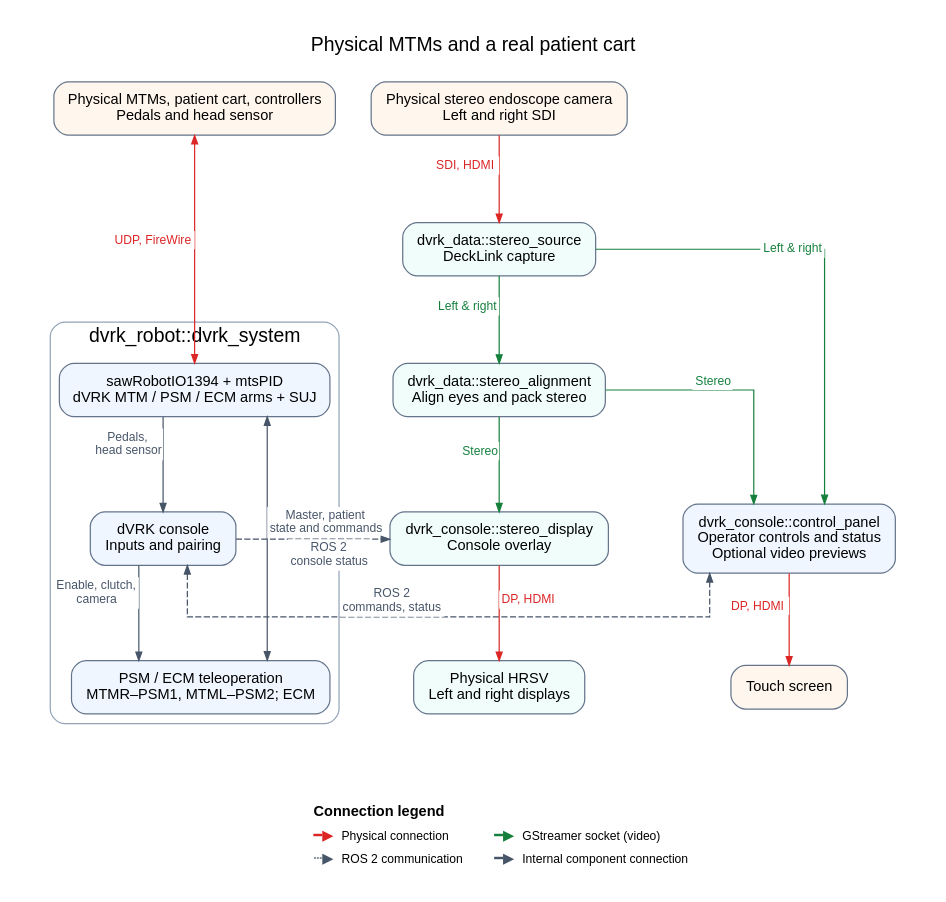
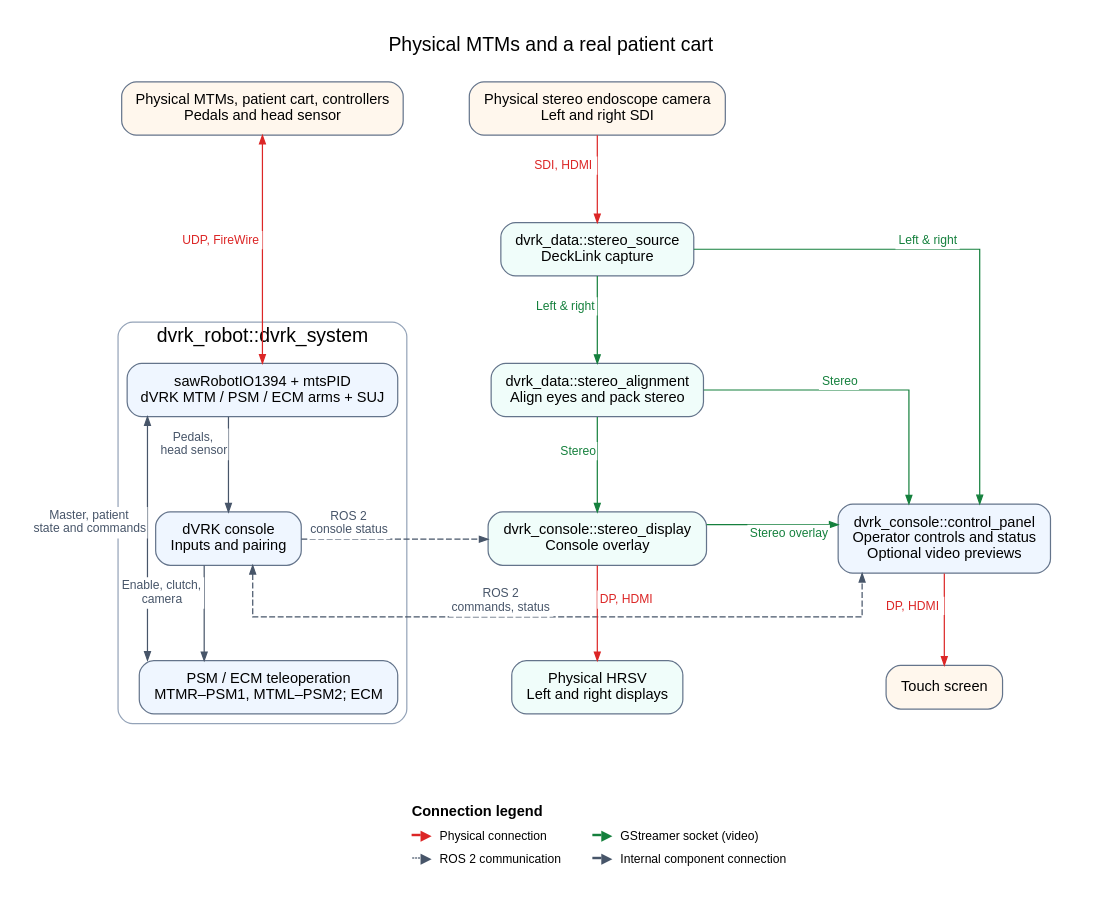
The diagram in docs/images/usage/mtms-real-patient-cart.dot (jhu-dvrk/dvrk-readthedocs), drawn with Graphviz before and after one commit. The commit also changed 10 other files, not shown here.

```diff
--- a/docs/images/usage/mtms-real-patient-cart.dot
+++ b/docs/images/usage/mtms-real-patient-cart.dot
@@ -1,69 +1,70 @@
 digraph mtms_real {
-  graph [rankdir=TB, splines=ortho, newrank=true, bgcolor="white", pad=0.25, nodesep=0.4, ranksep=1.0,
+  graph [rankdir=TB, splines=ortho, newrank=true, bgcolor="white", pad=0.25, nodesep=0.75, ranksep=1.0,
          fontname="Arial,Helvetica,sans-serif", fontsize=16, label="Physical MTMs and a real patient cart", labelloc=t];
   node [shape=box, style="rounded,filled", fillcolor="#eff6ff", color="#64748b",
         fontname="Arial,Helvetica,sans-serif", fontsize=12, margin="0.16,0.12"];
   edge [style=solid, color="#475569", fontcolor="#475569", fontname="Arial,Helvetica,sans-serif", fontsize=10, arrowsize=0.7];
 
   // Keep the three columns ordered; cross-column links never set ranks.
   subgraph cluster_control {
     label=""; style=invis;
     hardware [label="Physical MTMs, patient cart, controllers\nPedals and head sensor", fillcolor="#fff7ed", group="control"];
     subgraph cluster_system {
       label="dvrk_robot::dvrk_system"; color="#94a3b8"; style=rounded;
       arms [label="sawRobotIO1394 + mtsPID\ndVRK MTM / PSM / ECM arms + SUJ", group="control"];
       console [label="dVRK console\nInputs and pairing", group="control"];
       teleop [label="PSM / ECM teleoperation\nMTMR–PSM1, MTML–PSM2; ECM", group="control"];
       arms -> console [xlabel=<<TABLE BORDER="0" CELLBORDER="0" CELLSPACING="0" CELLPADDING="2" BGCOLOR="white"><TR><TD>Pedals,<BR/>head sensor</TD></TR></TABLE>>];
       arms -> teleop [dir=both, xlabel=<<TABLE BORDER="0" CELLBORDER="0" CELLSPACING="0" CELLPADDING="2" BGCOLOR="white"><TR><TD>Master, patient<BR/>state and commands</TD></TR></TABLE>>];
       console -> teleop [xlabel=<<TABLE BORDER="0" CELLBORDER="0" CELLSPACING="0" CELLPADDING="2" BGCOLOR="white"><TR><TD>Enable, clutch,<BR/>camera</TD></TR></TABLE>>];
     }
   }
   subgraph cluster_video {
     label=""; style=invis;
     camera [label="Physical stereo endoscope camera\nLeft and right SDI", fillcolor="#fff7ed", group="video"];
     source [label="dvrk_data::stereo_source\nDeckLink capture", fillcolor="#f0fdfa", group="video"];
     alignment [label="dvrk_data::stereo_alignment\nAlign eyes and pack stereo", fillcolor="#f0fdfa", group="video"];
     display [label="dvrk_console::stereo_display\nConsole overlay", fillcolor="#f0fdfa", group="video"];
     viewer [label="Physical HRSV\nLeft and right displays", fillcolor="#f0fdfa", group="video"];
   }
   subgraph cluster_panel {
     label=""; style=invis;
     control_panel [label="dvrk_console::control_panel\nOperator controls and status\nOptional video previews", group="panel"];
     touchscreen [label="Touch screen", fillcolor="#fff7ed", group="panel"];
   }
 
   hardware -> arms [dir=both, xlabel=<<TABLE BORDER="0" CELLBORDER="0" CELLSPACING="0" CELLPADDING="2" BGCOLOR="white"><TR><TD>UDP, FireWire</TD></TR></TABLE>>, color="#dc2626", fontcolor="#dc2626", minlen=2];
   camera -> source [xlabel=<<TABLE BORDER="0" CELLBORDER="0" CELLSPACING="0" CELLPADDING="2" BGCOLOR="white"><TR><TD>SDI, HDMI</TD></TR></TABLE>>, color="#dc2626", fontcolor="#dc2626"];
   source -> alignment [xlabel=<<TABLE BORDER="0" CELLBORDER="0" CELLSPACING="0" CELLPADDING="2" BGCOLOR="white"><TR><TD>Left &amp; right</TD></TR></TABLE>>, color="#15803d", fontcolor="#15803d"];
   alignment -> display [xlabel=<<TABLE BORDER="0" CELLBORDER="0" CELLSPACING="0" CELLPADDING="2" BGCOLOR="white"><TR><TD>Stereo</TD></TR></TABLE>>, color="#15803d", fontcolor="#15803d"];
   console -> display [xlabel=<<TABLE BORDER="0" CELLBORDER="0" CELLSPACING="0" CELLPADDING="2" BGCOLOR="white"><TR><TD>ROS 2<BR/>console status</TD></TR></TABLE>>, style=dashed, constraint=false];
   display -> viewer [xlabel=<<TABLE BORDER="0" CELLBORDER="0" CELLSPACING="0" CELLPADDING="2" BGCOLOR="white"><TR><TD>DP, HDMI</TD></TR></TABLE>>, color="#dc2626", fontcolor="#dc2626"];
   console -> control_panel [dir=both, xlabel=<<TABLE BORDER="0" CELLBORDER="0" CELLSPACING="0" CELLPADDING="2" BGCOLOR="white"><TR><TD>ROS 2<BR/>commands, status</TD></TR></TABLE>>, style=dashed, constraint=false];
   source -> control_panel [xlabel=<<TABLE BORDER="0" CELLBORDER="0" CELLSPACING="0" CELLPADDING="2" BGCOLOR="white"><TR><TD>Left &amp; right</TD></TR></TABLE>>, color="#15803d", fontcolor="#15803d", constraint=false];
   alignment -> control_panel [xlabel=<<TABLE BORDER="0" CELLBORDER="0" CELLSPACING="0" CELLPADDING="2" BGCOLOR="white"><TR><TD>Stereo</TD></TR></TABLE>>, color="#15803d", fontcolor="#15803d", constraint=false];
+  display -> control_panel [xlabel=<<TABLE BORDER="0" CELLBORDER="0" CELLSPACING="0" CELLPADDING="2" BGCOLOR="white"><TR><TD>Stereo overlay</TD></TR></TABLE>>, color="#15803d", fontcolor="#15803d", constraint=false];
   control_panel -> touchscreen [xlabel=<<TABLE BORDER="0" CELLBORDER="0" CELLSPACING="0" CELLPADDING="2" BGCOLOR="white"><TR><TD>DP, HDMI</TD></TR></TABLE>>, color="#dc2626", fontcolor="#dc2626"];
 
 
   // Align the implicit columns at their bottom nodes.
   {rank=same; teleop; viewer; touchscreen;}
   column_order [shape=point, width=0, height=0, label="", style=invis, ordering=out];
   column_order -> teleop [style=invis];
   column_order -> viewer [style=invis];
   column_order -> touchscreen [style=invis];
 
   // Keep this legend consistent with readme-dot.md; include only types used above.
   subgraph legend_rank {
     rank=sink;
     legend [shape=plain, style="", margin=0, label=<
       <TABLE BORDER="0" CELLBORDER="0" CELLSPACING="0" CELLPADDING="3">
         <TR><TD COLSPAN="5" ALIGN="LEFT"><B>Connection legend</B></TD></TR>
         <TR><TD><FONT COLOR="#dc2626">━▶</FONT></TD><TD ALIGN="LEFT"><FONT POINT-SIZE="10">Physical connection</FONT></TD><TD WIDTH="20"></TD><TD><FONT COLOR="#15803d">━▶</FONT></TD><TD ALIGN="LEFT"><FONT POINT-SIZE="10">GStreamer socket (video)</FONT></TD></TR>
         <TR><TD><FONT COLOR="#475569">┄▶</FONT></TD><TD ALIGN="LEFT"><FONT POINT-SIZE="10">ROS 2 communication</FONT></TD><TD WIDTH="20"></TD><TD><FONT COLOR="#475569">━▶</FONT></TD><TD ALIGN="LEFT"><FONT POINT-SIZE="10">Internal component connection</FONT></TD></TR>
       </TABLE>
     >];
   }
   teleop -> legend [style=invis];
   viewer -> legend [style=invis];
   touchscreen -> legend [style=invis];
 }
```
